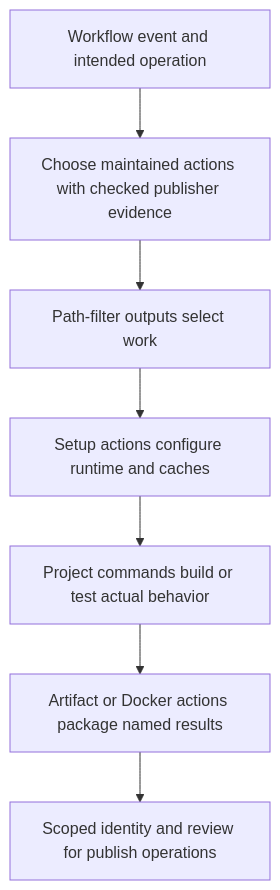
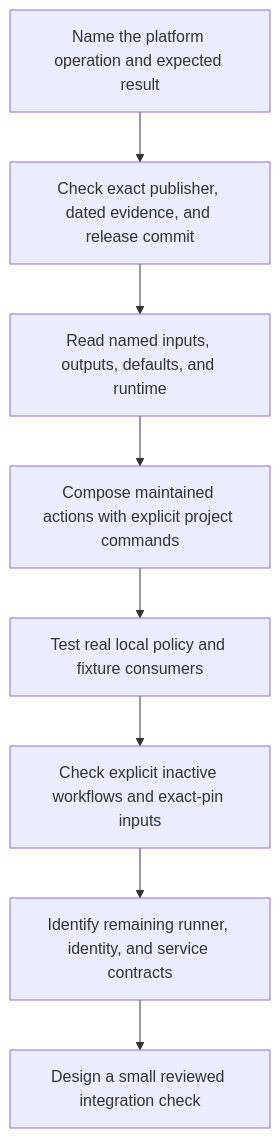
The diagram in docs/lessons/prebuilt-actions.md (Rohit1024/actions-learn), drawn with Mermaid before and after one commit. The commit also changed other lines of this file and 206 other files, not shown here.

````diff
--- a/docs/lessons/prebuilt-actions.md
+++ b/docs/lessons/prebuilt-actions.md
@@ -80,9 +38,10 @@
 ```mermaid
 flowchart TD
-    Event["Workflow event and intended operation"] --> Select["Choose maintained actions with checked publisher evidence"]
-    Select --> Changes["Path-filter outputs select work"]
-    Changes --> Setup["Setup actions configure runtime and caches"]
-    Setup --> Work["Project commands build or test actual behavior"]
-    Work --> Artifact["Artifact or Docker actions package named results"]
-    Artifact --> Review["Scoped identity and review for publish operations"]
+    Requirement["Name the platform operation and expected result"] --> Select["Check exact publisher, dated evidence, and release commit"]
+    Select --> Interface["Read named inputs, outputs, defaults, and runtime"]
+    Interface --> Compose["Compose maintained actions with explicit project commands"]
+    Compose --> Host["Test real local policy and fixture consumers"]
+    Host --> Static["Check explicit inactive workflows and exact-pin inputs"]
+    Static --> Boundary["Identify remaining runner, identity, and service contracts"]
+    Boundary --> Hosted["Design a small reviewed integration check"]
 ```
````
